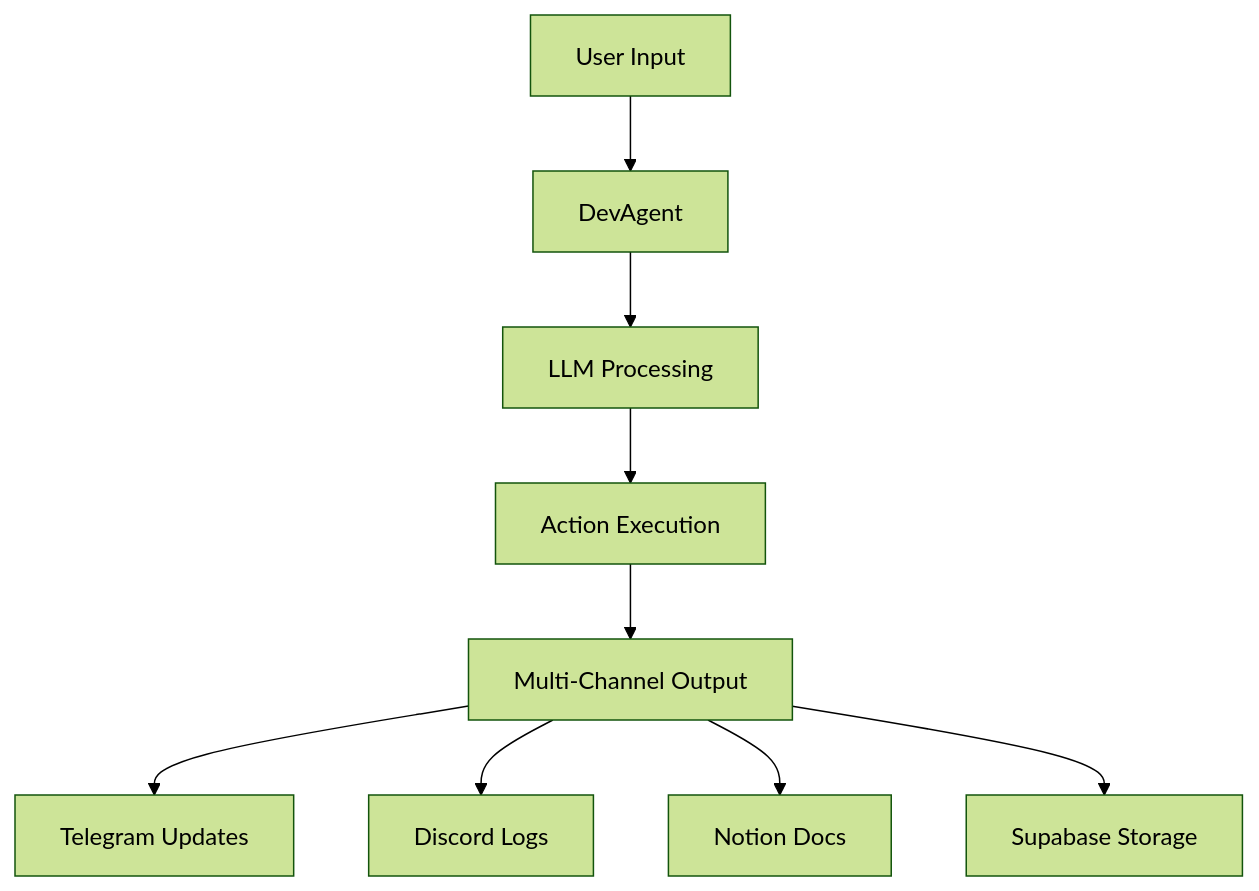
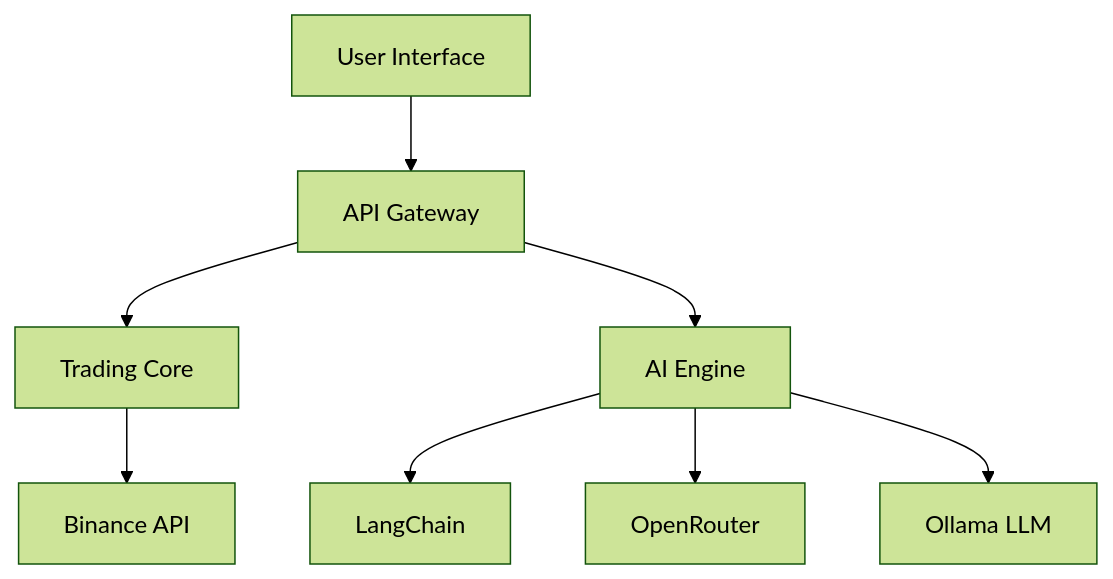
Before and after one commit to Gmpho/ag-bot-automation-with-ag: the diagram in project-doc.md, drawn with Mermaid (forest theme). The commit also changed other lines of this file, not shown here.

````diff
--- a/project-doc.md
+++ b/project-doc.md
@@ -419,11 +45,10 @@
 ```mermaid
 graph TD
-    A[User Input] --> B[DevAgent]
-    B --> C[LLM Processing]
-    C --> D[Action Execution]
-    D --> E[Multi-Channel Output]
-    E --> F[Telegram Updates]
-    E --> G[Discord Logs]
-    E --> H[Notion Docs]
-    E --> I[Supabase Storage]
+    A[User Interface] --> B[API Gateway]
+    B --> C[Trading Core]
+    B --> D[AI Engine]
+    C --> E[Binance API]
+    D --> F[LangChain]
+    D --> G[OpenRouter]
+    D --> H[Ollama LLM]
 ```
````
